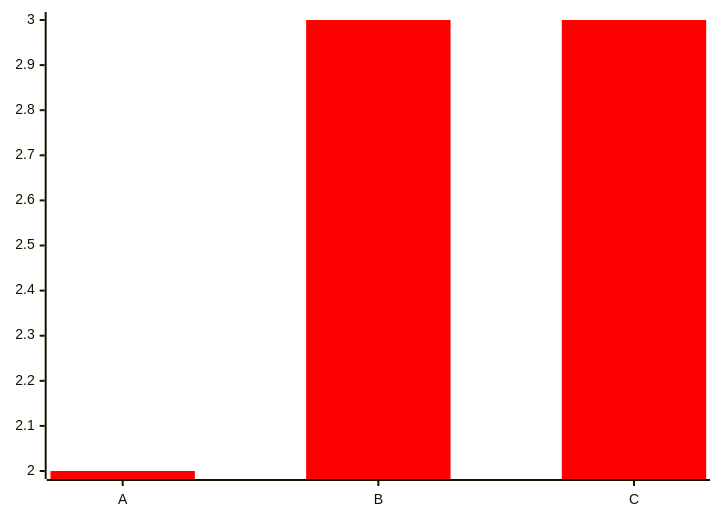
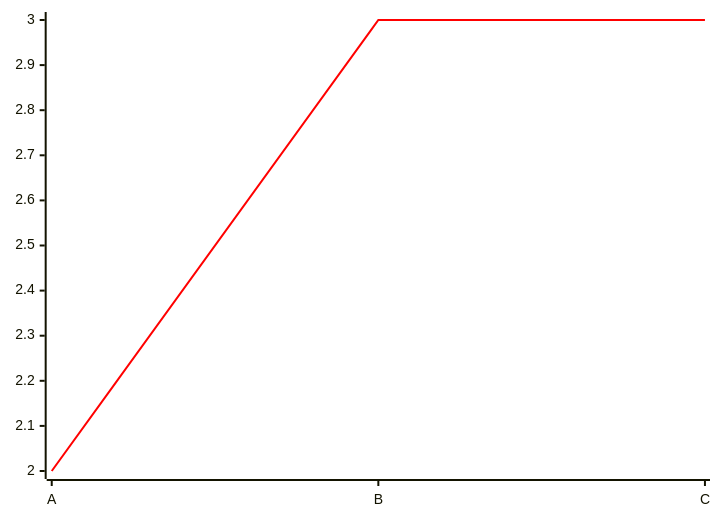
Before and after one commit to Excidion/seanymph: the diagram in docs/tests/TestDataFrame/test_color.md, drawn with Mermaid. The commit also changed 11 other files, not shown here.

````diff
--- a/docs/tests/TestDataFrame/test_color.md
+++ b/docs/tests/TestDataFrame/test_color.md
@@ -1,6 +1,6 @@
 ```mermaid
 %%{init: {'themeVariables': {'xyChart': {'plotColorPalette': '#ff0000'}}}}%%
 xychart-beta
     x-axis [A, B, C]
-    bar [2, 3, 3]
+    line [2, 3, 3]
 ```
````
